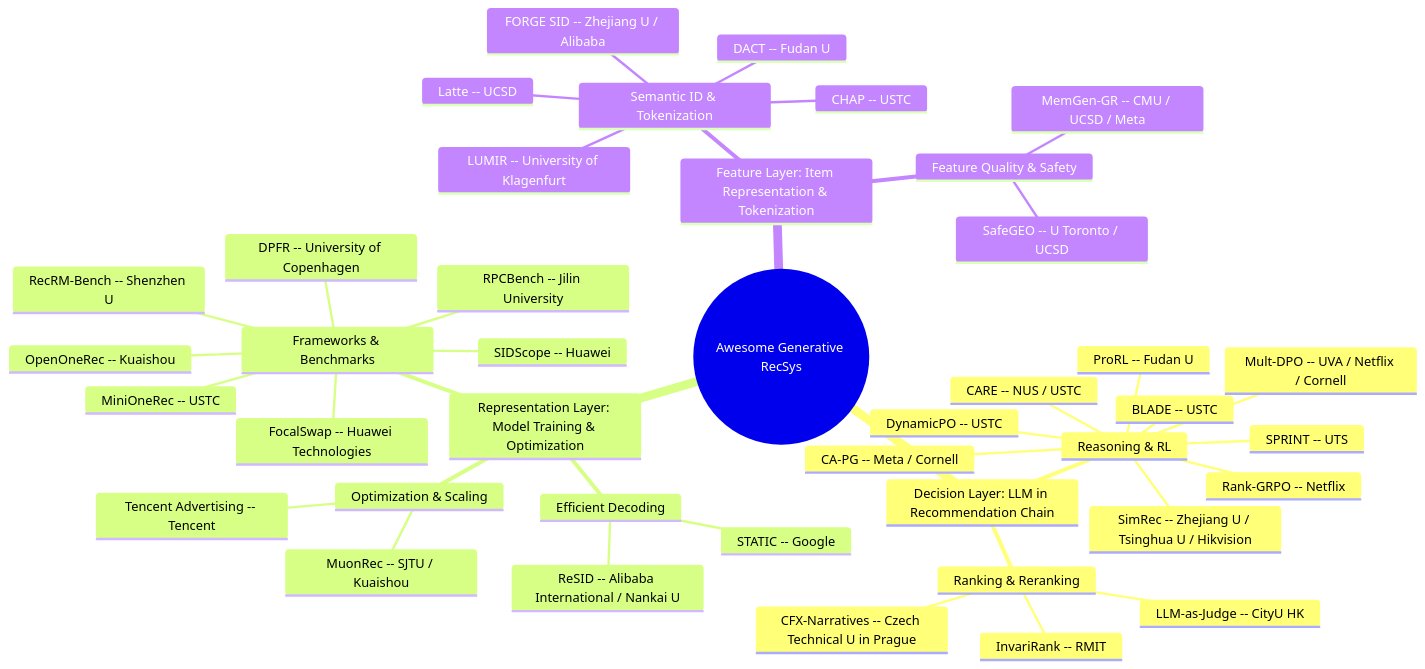
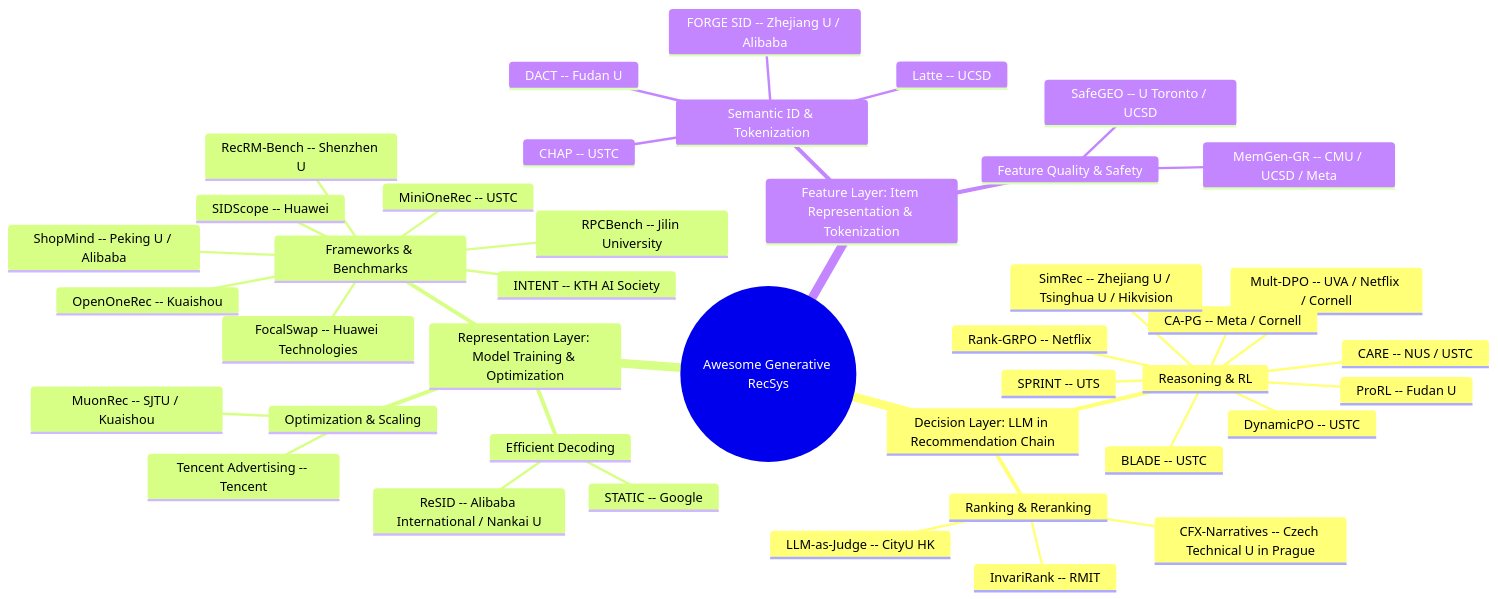
One commit to HaFred/awesome-generative-recsys changed the diagram in README.md. Above: the diagram before and after it, drawn with Mermaid. The commit also changed other lines of this file and 3 other files, not shown here.

````diff
--- a/README.md
+++ b/README.md
@@ -30,44 +30,44 @@
 ```mermaid
 mindmap
   root((Awesome Generative RecSys))
     Decision Layer: LLM in Recommendation Chain
       Reasoning & RL
         Rank-GRPO -- Netflix
         DynamicPO -- USTC
         BLADE -- USTC
         SPRINT -- UTS
         CARE -- NUS / USTC
         Mult-DPO -- UVA / Netflix / Cornell
         CA-PG -- Meta / Cornell
         ProRL -- Fudan U
         SimRec -- Zhejiang U / Tsinghua U / Hikvision
       Ranking & Reranking
         InvariRank -- RMIT
         LLM-as-Judge -- CityU HK
         CFX-Narratives -- Czech Technical U in Prague
     Representation Layer: Model Training & Optimization
       Frameworks & Benchmarks
         MiniOneRec -- USTC
         OpenOneRec -- Kuaishou
         RecRM-Bench -- Shenzhen U
         SIDScope -- Huawei
         RPCBench -- Jilin University
         FocalSwap -- Huawei Technologies
-        DPFR -- University of Copenhagen
+        INTENT -- KTH AI Society
+        ShopMind -- Peking U / Alibaba
       Efficient Decoding
         STATIC -- Google
         ReSID -- Alibaba International / Nankai U
       Optimization & Scaling
         MuonRec -- SJTU / Kuaishou
         Tencent Advertising -- Tencent
     Feature Layer: Item Representation & Tokenization
       Semantic ID & Tokenization
         Latte -- UCSD
         FORGE SID -- Zhejiang U / Alibaba
         DACT -- Fudan U
         CHAP -- USTC
-        LUMIR -- University of Klagenfurt
       Feature Quality & Safety
         SafeGEO -- U Toronto / UCSD
         MemGen-GR -- CMU / UCSD / Meta
 ```
````
